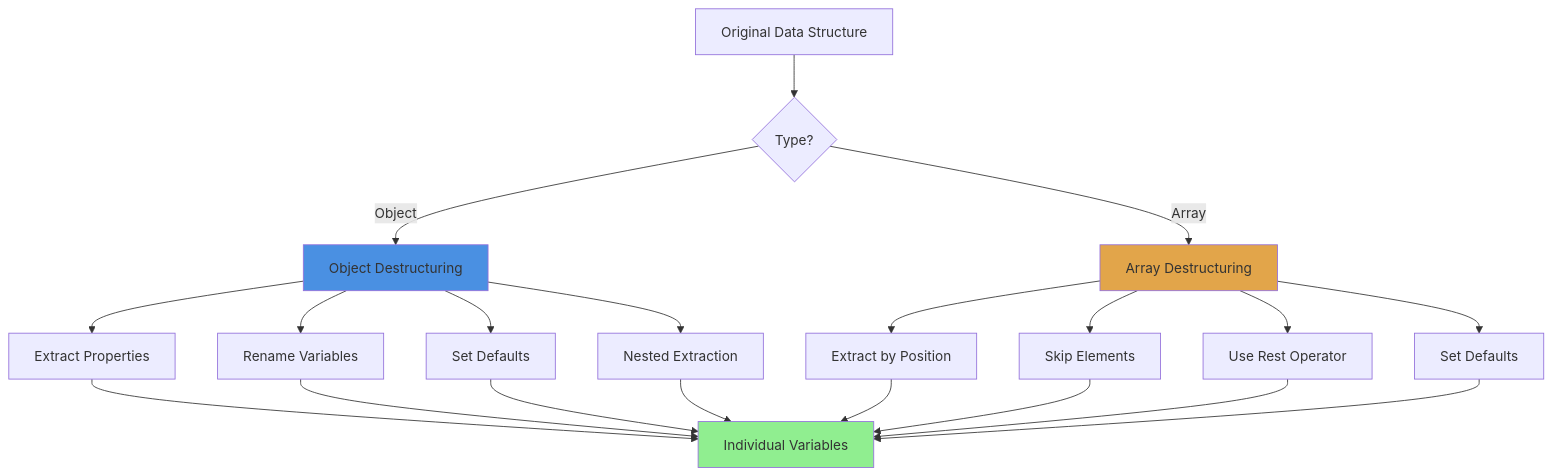
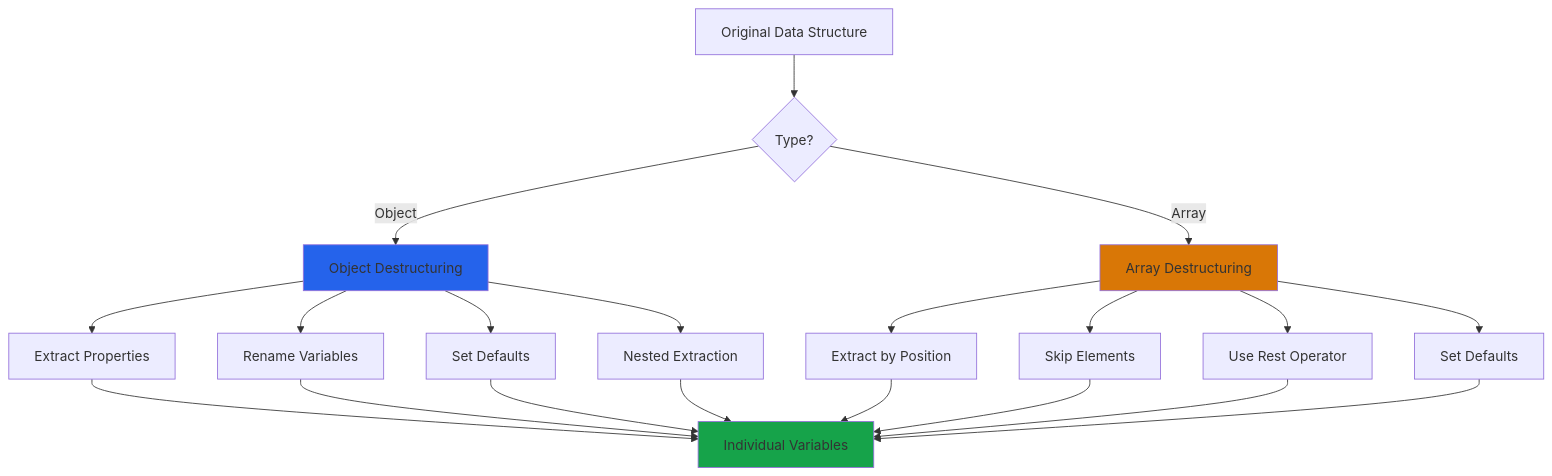
Before and after one commit to upasanaprabhakar/web-dev-handbook: the diagram in javascript/destructuring/README.md, drawn with Mermaid.

Commit message:
destructuring topic with examples

````diff
--- a/javascript/destructuring/README.md
+++ b/javascript/destructuring/README.md
@@ -139,29 +139,30 @@
 ```mermaid
 graph TD
     A[Original Data Structure] --> B{Type?}
     B -->|Object| C[Object Destructuring]
     B -->|Array| D[Array Destructuring]
     
     C --> E[Extract Properties]
     C --> F[Rename Variables]
     C --> G[Set Defaults]
     C --> H[Nested Extraction]
     
     D --> I[Extract by Position]
     D --> J[Skip Elements]
     D --> K[Use Rest Operator]
     D --> L[Set Defaults]
     
     E --> M[Individual Variables]
     F --> M
     G --> M
     H --> M
     I --> M
     J --> M
     K --> M
     L --> M
     
-    style C fill:#4a90e2
-    style D fill:#e2a54a
-    style M fill:#90EE90
+    style C fill:#2563EB
+    style D fill:#D97706
+    style M fill:#16A34A
+
 ```
````
